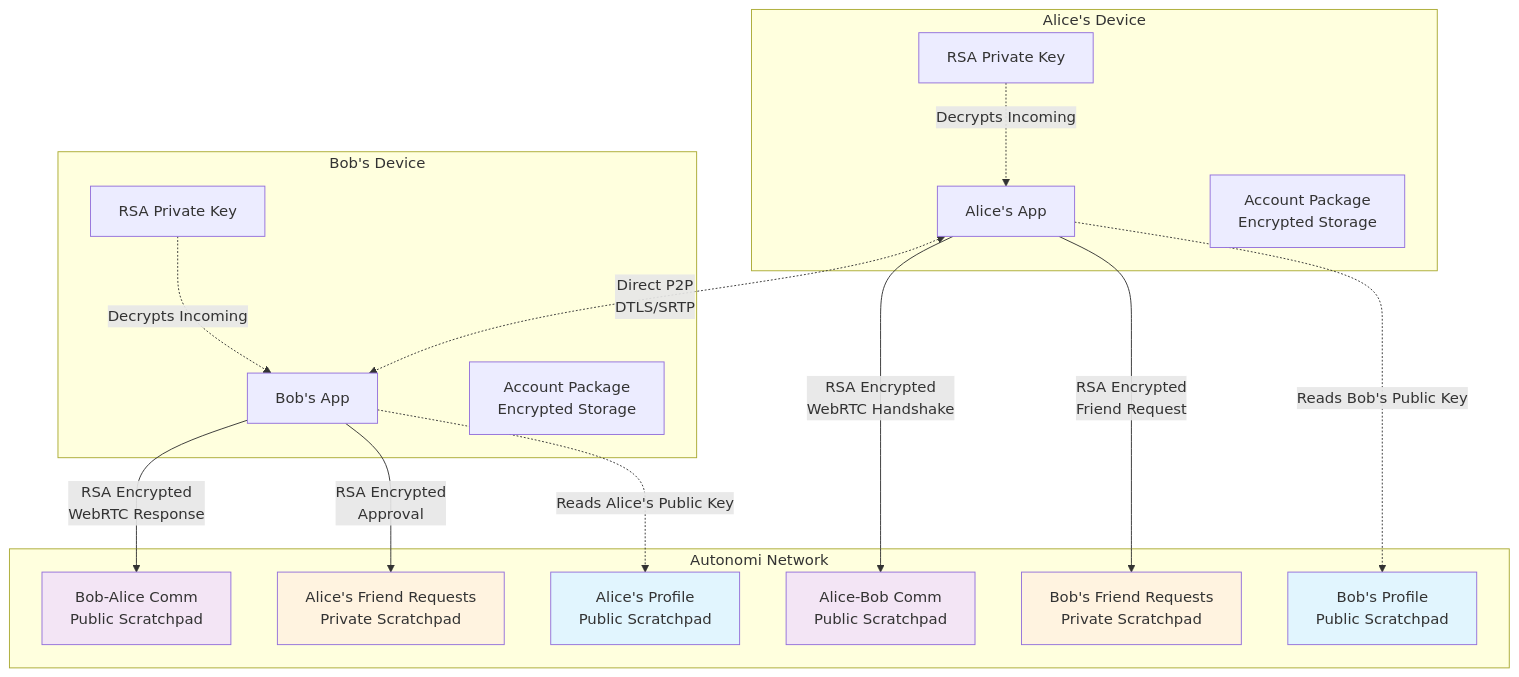
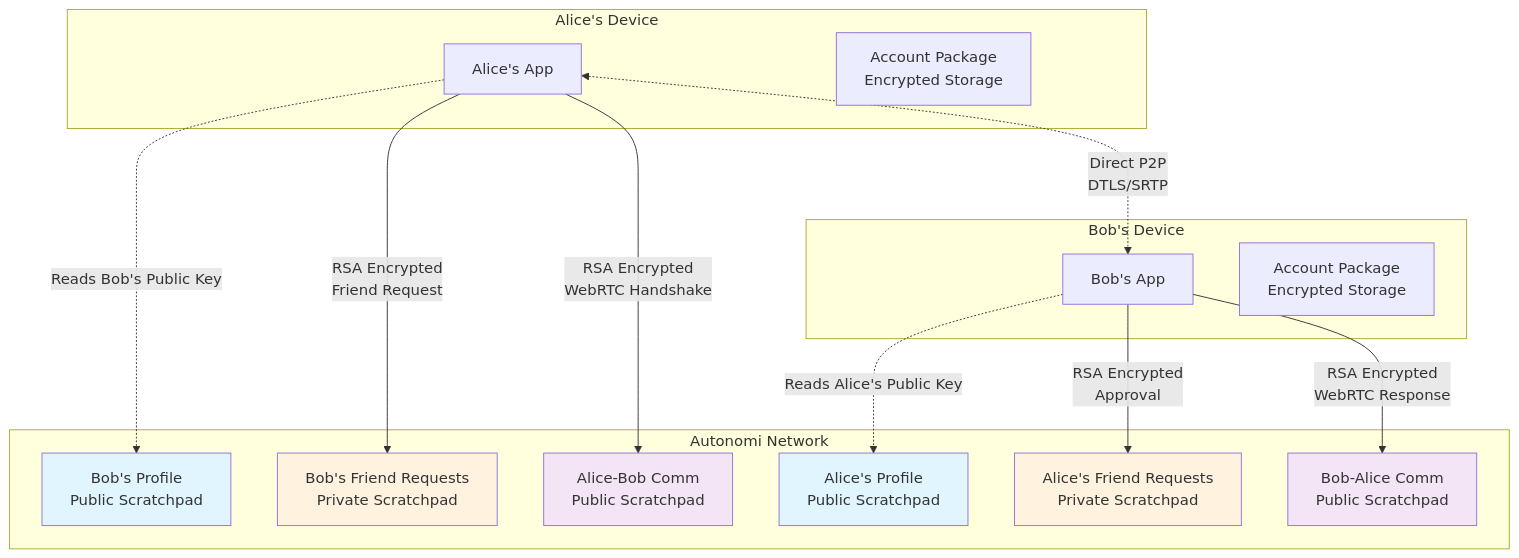
Before and after one commit to rid-dim/friends: the fourth of 4 diagrams in README.md, drawn with Mermaid. The commit also changed other lines of this file, not shown here.

````diff
--- a/README.md
+++ b/README.md
@@ -235,43 +235,38 @@
 ```mermaid
 graph TB
     subgraph "Alice's Device"
         A1[Alice's App]
-        A2[RSA Private Key]
         A3[Account Package<br/>Encrypted Storage]
     end
     
     subgraph "Autonomi Network"
         AN1[Alice's Profile<br/>Public Scratchpad]
         AN2[Alice's Friend Requests<br/>Private Scratchpad]
         AN3[Alice-Bob Comm<br/>Public Scratchpad]
         AN4[Bob's Profile<br/>Public Scratchpad]
         AN5[Bob's Friend Requests<br/>Private Scratchpad]
         AN6[Bob-Alice Comm<br/>Public Scratchpad]
     end
     
     subgraph "Bob's Device"
         B1[Bob's App]
-        B2[RSA Private Key]
         B3[Account Package<br/>Encrypted Storage]
     end
     
     A1 -.->|"Reads Bob's Public Key"| AN4
     A1 -->|"RSA Encrypted<br/>Friend Request"| AN5
     B1 -.->|"Reads Alice's Public Key"| AN1
     B1 -->|"RSA Encrypted<br/>Approval"| AN2
     
     A1 -->|"RSA Encrypted<br/>WebRTC Handshake"| AN3
     B1 -->|"RSA Encrypted<br/>WebRTC Response"| AN6
     
     A1 <-.->|"Direct P2P<br/>DTLS/SRTP"| B1
-    
-    A2 -.->|"Decrypts Incoming"| A1
-    B2 -.->|"Decrypts Incoming"| B1
-    
+        
     style AN1 fill:#e1f5fe
     style AN2 fill:#fff3e0
     style AN3 fill:#f3e5f5
     style AN4 fill:#e1f5fe
     style AN5 fill:#fff3e0
     style AN6 fill:#f3e5f5
 ```
````
